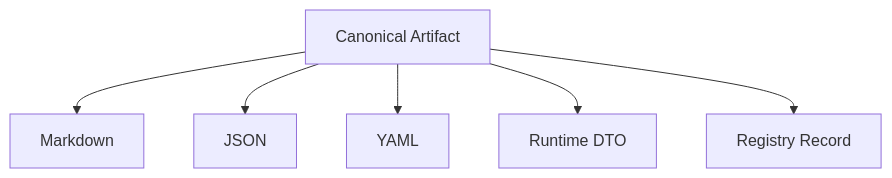
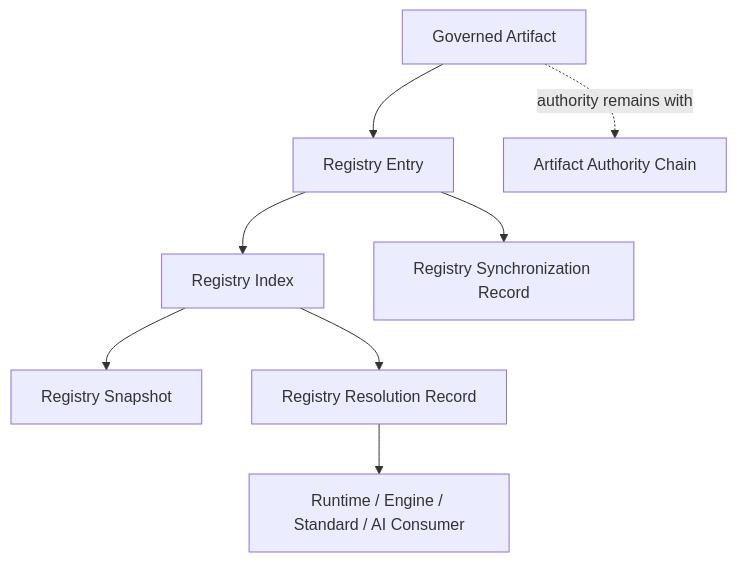
The tenth of 13 diagrams in docs/AI/Meta/M.1-Artifact-Meta-Model.md (doallon/forge-ai), drawn with Mermaid before and after one commit. The commit also changed other lines of this file, not shown here.

Commit message:
Align M.1 artifact meta model

````diff
--- a/docs/AI/Meta/M.1-Artifact-Meta-Model.md
+++ b/docs/AI/Meta/M.1-Artifact-Meta-Model.md
@@ -1414,8 +585,10 @@
 ```mermaid
 graph TD
-    CA["Canonical Artifact"] --> MD["Markdown"]
-    CA --> JS["JSON"]
-    CA --> YM["YAML"]
-    CA --> DT["Runtime DTO"]
-    CA --> RR["Registry Record"]
+    ART["Governed Artifact"] --> ENTRY["Registry Entry"]
+    ENTRY --> INDEX["Registry Index"]
+    INDEX --> SNAP["Registry Snapshot"]
+    ENTRY --> SYNC["Registry Synchronization Record"]
+    INDEX --> RES["Registry Resolution Record"]
+    RES --> CONSUMER["Runtime / Engine / Standard / AI Consumer"]
+    ART -.authority remains with.-> AUTH["Artifact Authority Chain"]
 ```
````
